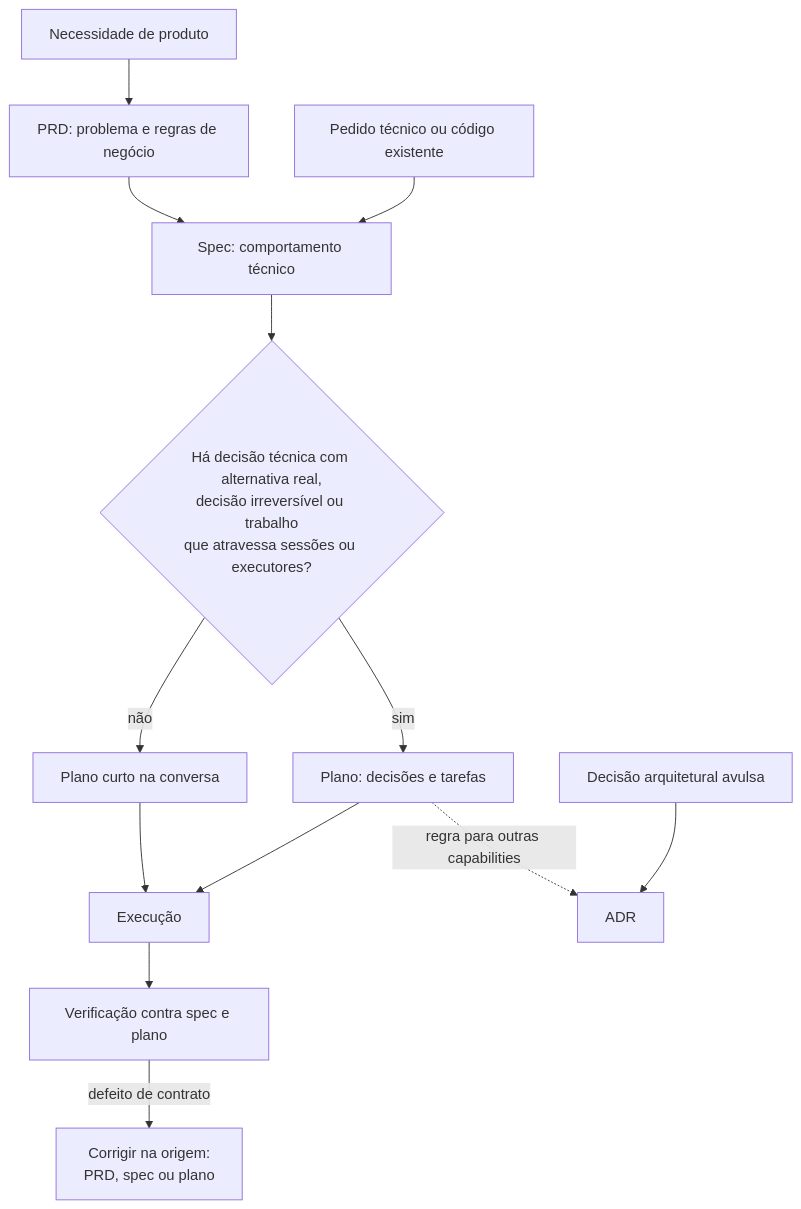
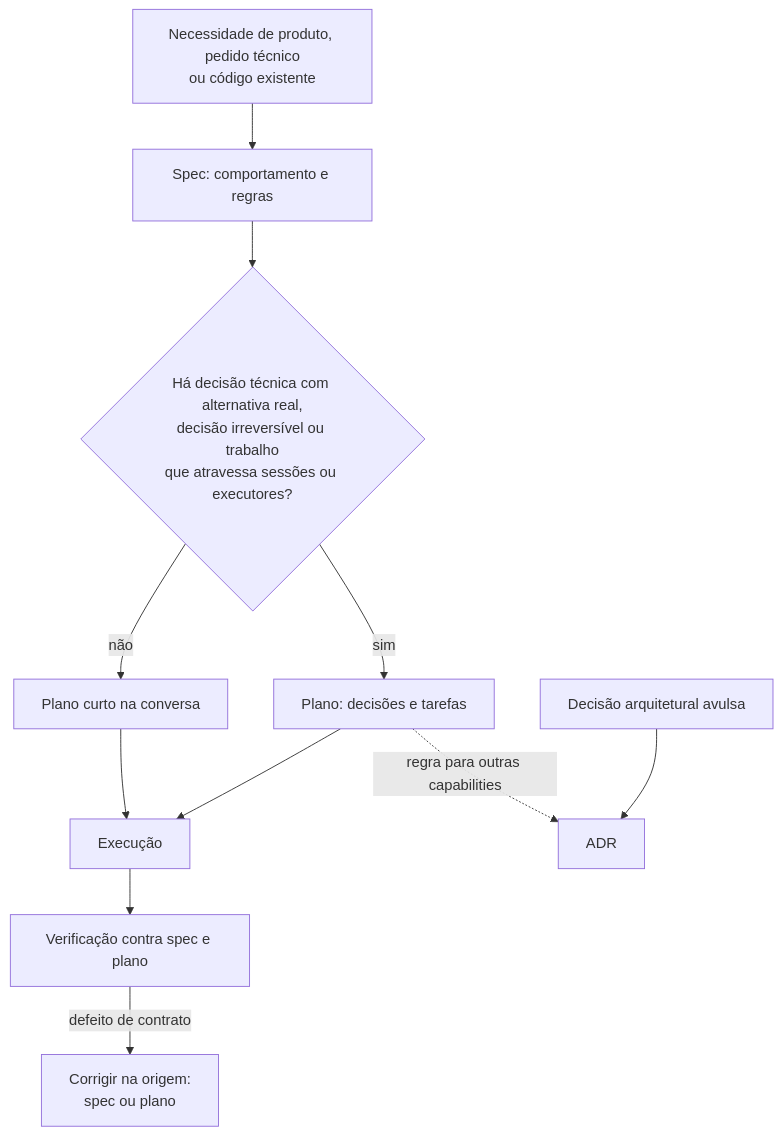
The diagram in plugins/ai-skills/skills/sdd/SKILL.md (guilhermesalvi/ai-skills), drawn with Mermaid before and after one commit. The commit also changed other lines of this file and 18 other files, not shown here.

````diff
--- a/plugins/ai-skills/skills/sdd/SKILL.md
+++ b/plugins/ai-skills/skills/sdd/SKILL.md
@@ -10,15 +10,13 @@
 ```mermaid
 flowchart TD
-    Need[Necessidade de produto] --> PRD[PRD: problema e regras de negócio]
-    PRD --> Spec[Spec: comportamento técnico]
-    Source[Pedido técnico ou código existente] --> Spec
+    Source[Necessidade de produto, pedido técnico<br/>ou código existente] --> Spec[Spec: comportamento e regras]
     Spec --> NeedPlan{Há decisão técnica com alternativa real,<br/>decisão irreversível ou trabalho<br/>que atravessa sessões ou executores?}
     NeedPlan -- sim --> Plan[Plano: decisões e tarefas]
     NeedPlan -- não --> Short[Plano curto na conversa]
     Plan -. regra para outras capabilities .-> ADR[ADR]
     Decision[Decisão arquitetural avulsa] --> ADR
     Plan --> Execute[Execução]
     Short --> Execute
     Execute --> Verify[Verificação contra spec e plano]
-    Verify -- defeito de contrato --> Fix[Corrigir na origem:<br/>PRD, spec ou plano]
+    Verify -- defeito de contrato --> Fix[Corrigir na origem:<br/>spec ou plano]
 ```
````
